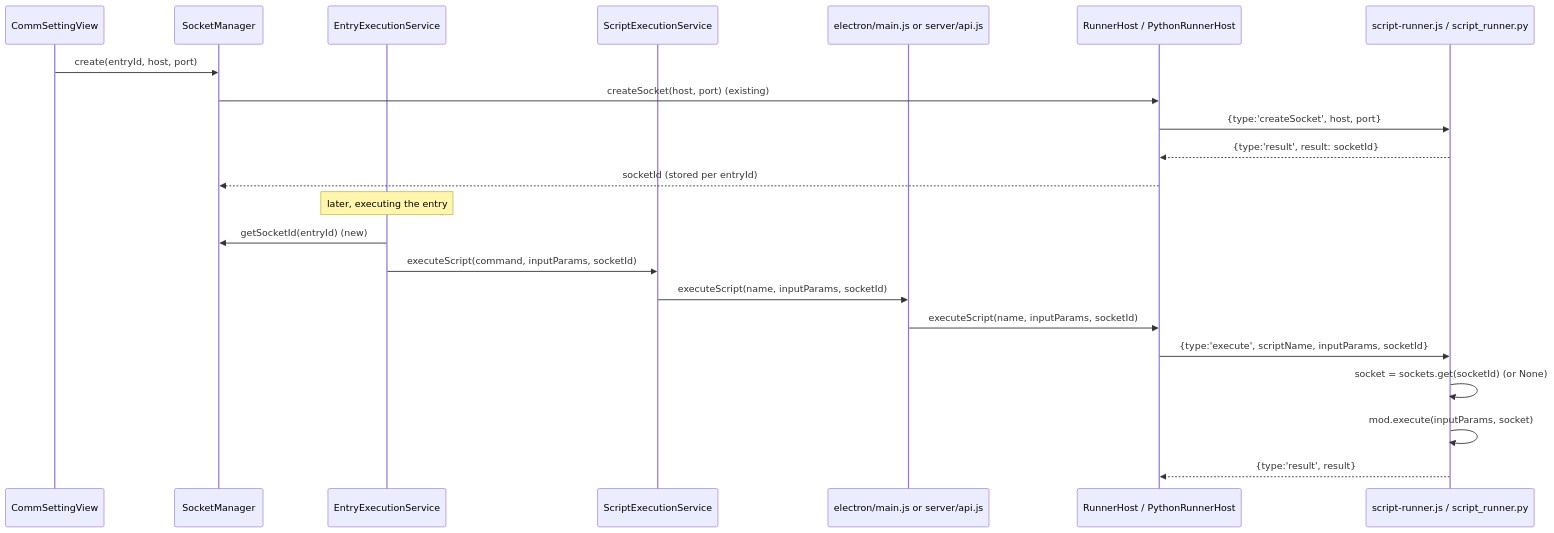
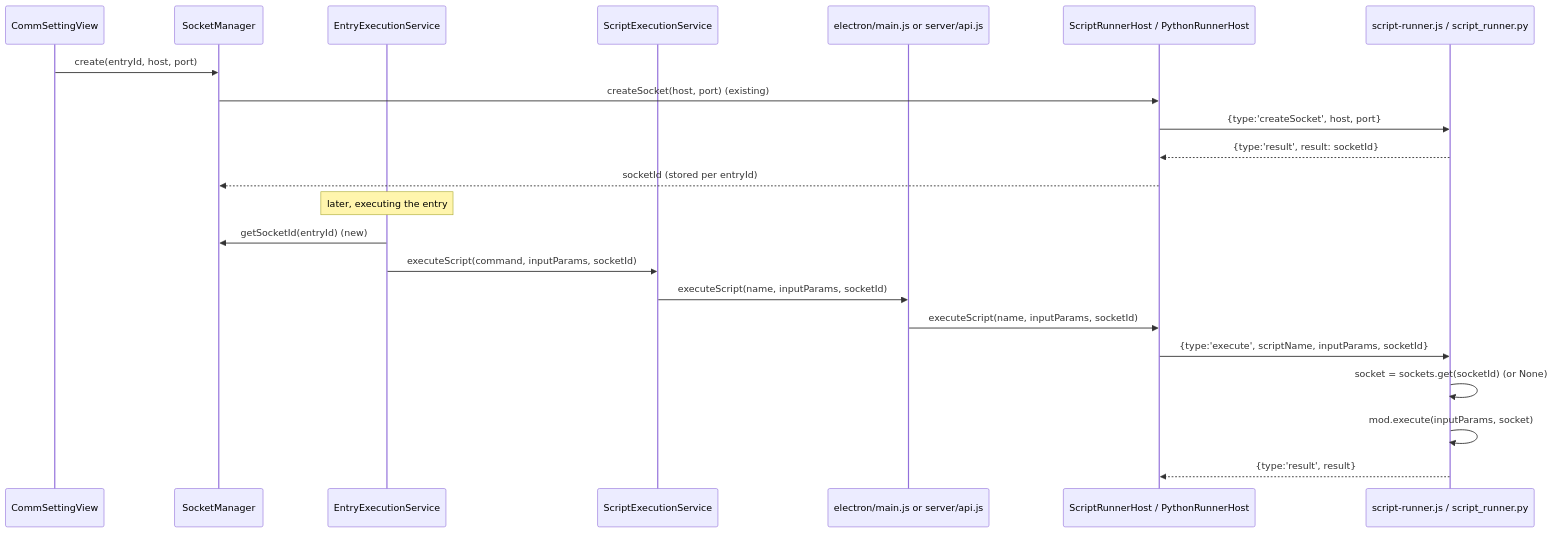
The diagram in doc/design/socket-passthrough-plan.md (acchi17/ScriptFlow), drawn with Mermaid before and after one commit. The commit also changed other lines of this file and 7 other files, not shown here.

First line of the commit message:
refactor: Rename RunnerHost class to ScriptRunnerHost

````diff
--- a/doc/design/socket-passthrough-plan.md
+++ b/doc/design/socket-passthrough-plan.md
@@ -15,26 +15,26 @@
 ```mermaid
 sequenceDiagram
     participant UI as CommSettingView
     participant SM as SocketManager
     participant EES as EntryExecutionService
     participant SES as ScriptExecutionService
     participant IPC as electron/main.js or server/api.js
-    participant Host as RunnerHost / PythonRunnerHost
+    participant Host as ScriptRunnerHost / PythonRunnerHost
     participant Runner as script-runner.js / script_runner.py
 
     UI->>SM: create(entryId, host, port)
     SM->>Host: createSocket(host, port) (existing)
     Host->>Runner: {type:'createSocket', host, port}
     Runner-->>Host: {type:'result', result: socketId}
     Host-->>SM: socketId (stored per entryId)
 
     Note over EES: later, executing the entry
     EES->>SM: getSocketId(entryId)  (new)
     EES->>SES: executeScript(command, inputParams, socketId)
     SES->>IPC: executeScript(name, inputParams, socketId)
     IPC->>Host: executeScript(name, inputParams, socketId)
     Host->>Runner: {type:'execute', scriptName, inputParams, socketId}
     Runner->>Runner: socket = sockets.get(socketId) (or None)
     Runner->>Runner: mod.execute(inputParams, socket)
     Runner-->>Host: {type:'result', result}
 ```
````
